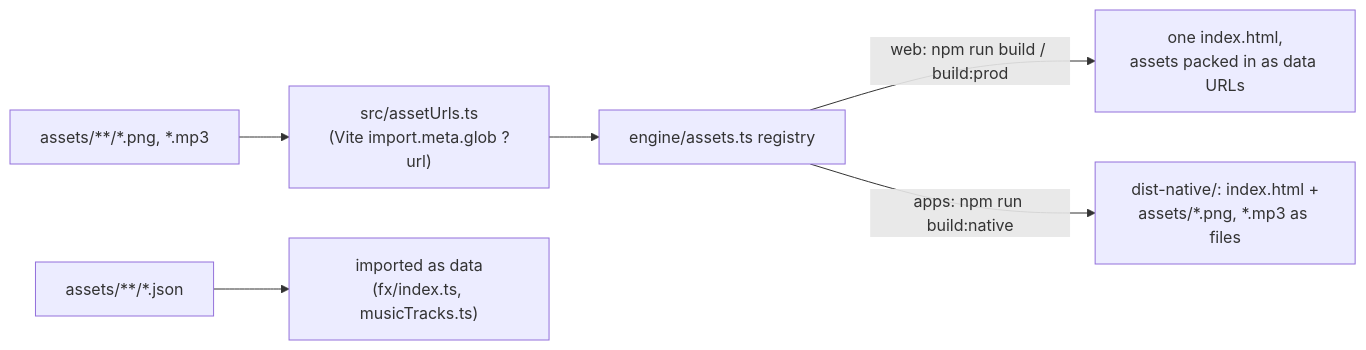
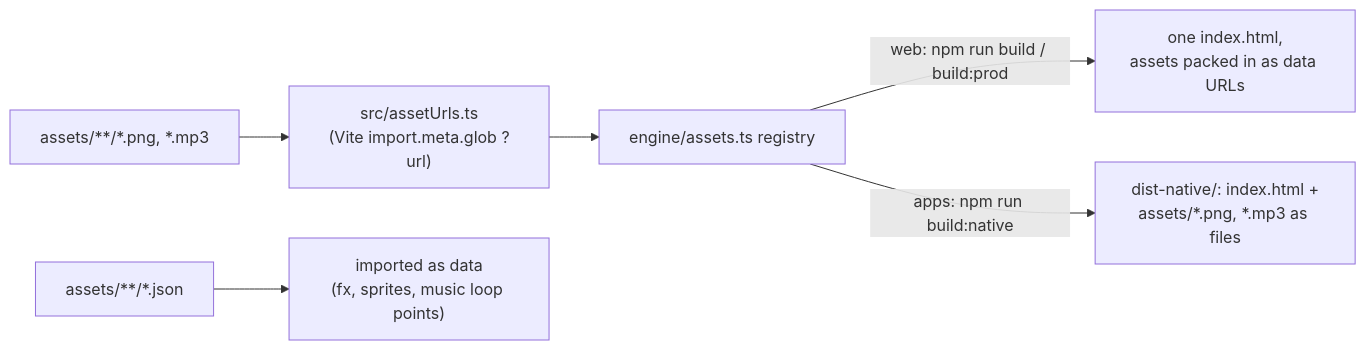
One commit to WesleyT4N/spell-vs-steel changed the diagram in docs/ASSETS.md. Above: the diagram before and after it, drawn with Mermaid. The commit also changed other lines of this file and 368 other files, not shown here.

````diff
--- a/docs/ASSETS.md
+++ b/docs/ASSETS.md
@@ -18,8 +32,8 @@
 ```mermaid
 flowchart LR
   files["assets/**/*.png, *.mp3"] --> glob["src/assetUrls.ts<br/>(Vite import.meta.glob ?url)"]
-  meta["assets/**/*.json"] --> code["imported as data<br/>(fx/index.ts, musicTracks.ts)"]
+  meta["assets/**/*.json"] --> code["imported as data<br/>(fx, sprites, music loop points)"]
   glob --> reg["engine/assets.ts registry"]
   reg -->|"web: npm run build / build:prod"| one["one index.html,<br/>assets packed in as data URLs"]
   reg -->|"apps: npm run build:native"| many["dist-native/: index.html +<br/>assets/*.png, *.mp3 as files"]
 ```
````
